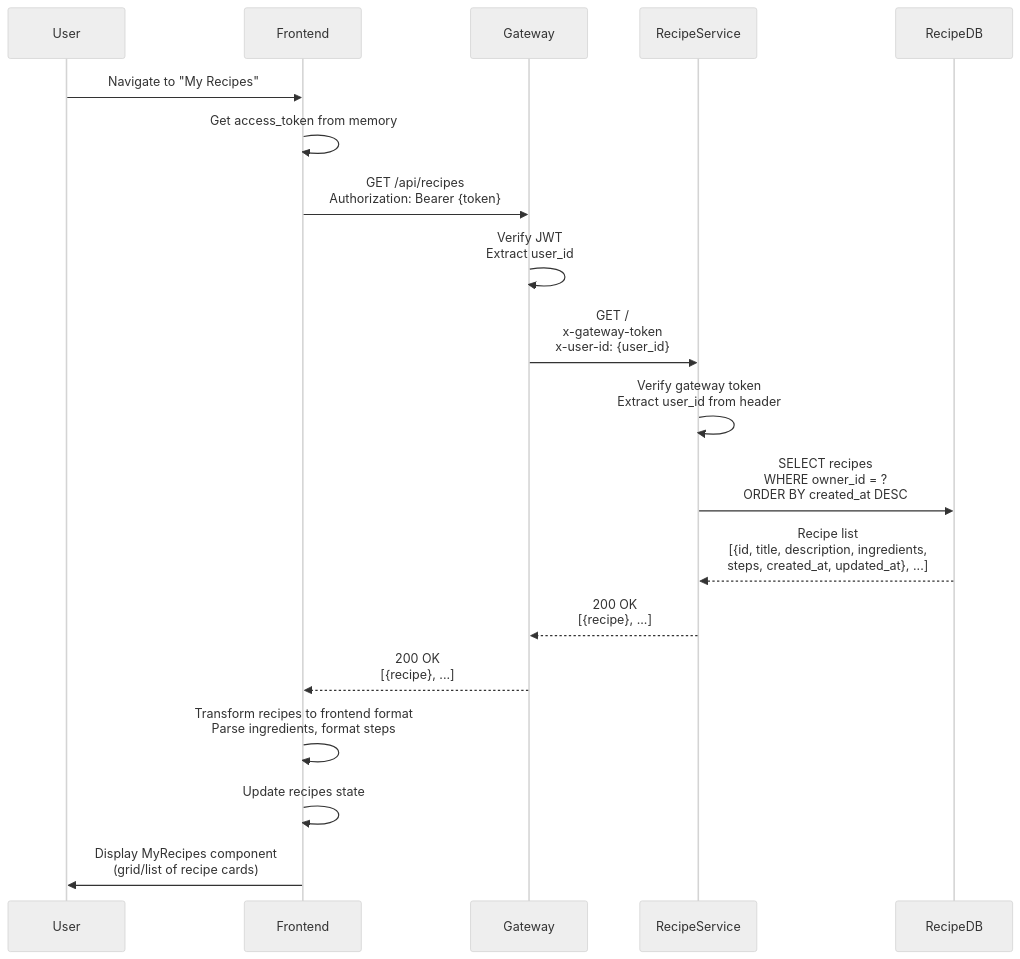
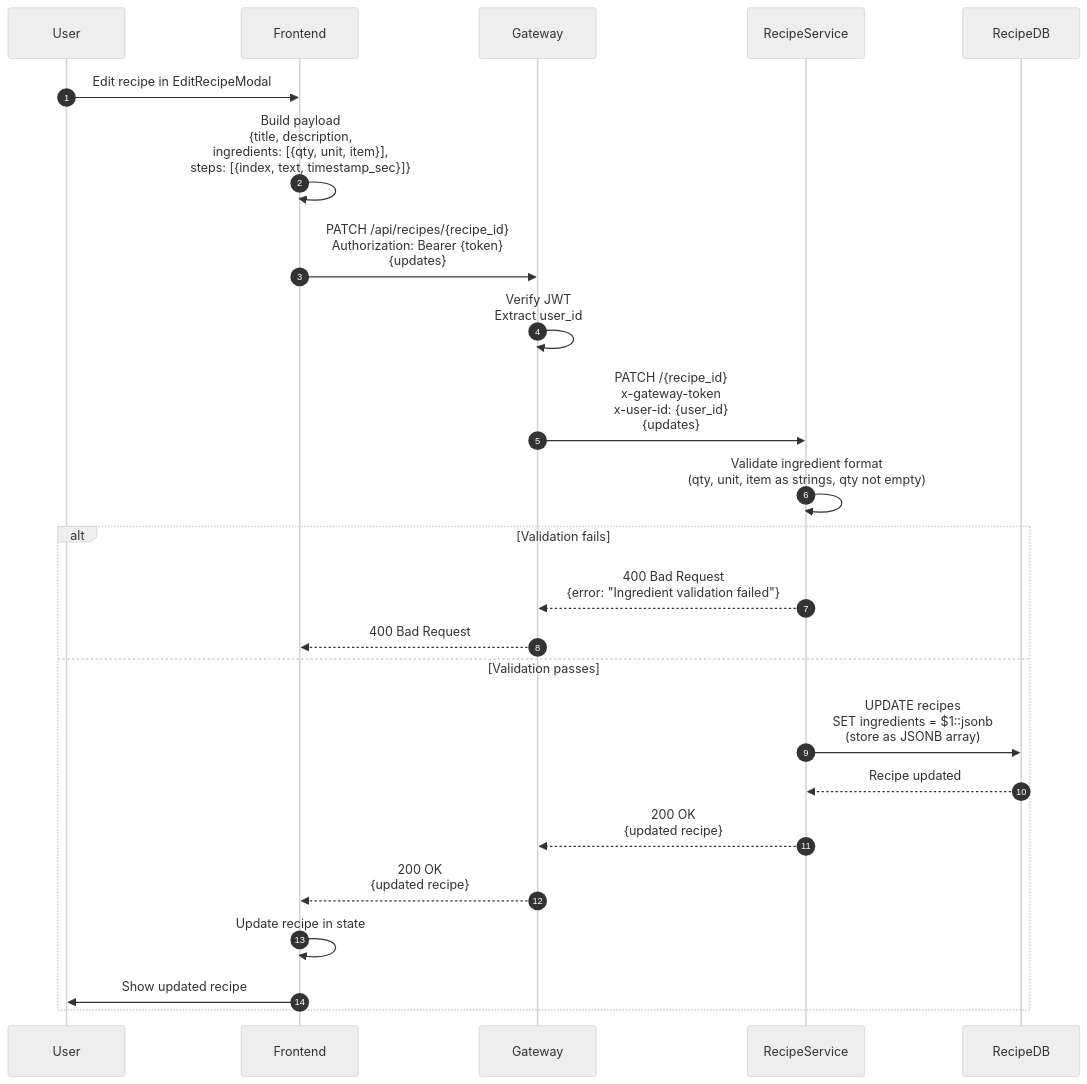
One commit to sharan-s2k/MyCookbook changed the sixth of 6 diagrams in ARCHITECTURE.md. Above: the diagram before and after it, drawn with Mermaid (neutral theme). The commit also changed other lines of this file, not shown here.

Commit message:
Updating Architecture Documentation

````diff
--- a/ARCHITECTURE.md
+++ b/ARCHITECTURE.md
@@ -544,25 +607,28 @@
 ```mermaid
 sequenceDiagram
+    autonumber
     participant User
     participant Frontend
     participant Gateway
     participant RecipeService
     participant RecipeDB
 
-    User->>Frontend: Navigate to "My Recipes"
-    Frontend->>Frontend: Get access_token from memory
-    Frontend->>Gateway: GET /api/recipes<br/>Authorization: Bearer {token}
+    User->>Frontend: Edit recipe in EditRecipeModal
+    Frontend->>Frontend: Build payload<br/>{title, description,<br/>ingredients: [{qty, unit, item}],<br/>steps: [{index, text, timestamp_sec}]}
+    Frontend->>Gateway: PATCH /api/recipes/{recipe_id}<br/>Authorization: Bearer {token}<br/>{updates}
+    Gateway->>Gateway: Verify JWT<br/>Extract user_id
+    Gateway->>RecipeService: PATCH /{recipe_id}<br/>x-gateway-token<br/>x-user-id: {user_id}<br/>{updates}
     
-    Gateway->>Gateway: Verify JWT<br/>Extract user_id
-    Gateway->>RecipeService: GET /<br/>x-gateway-token<br/>x-user-id: {user_id}
-    
-    RecipeService->>RecipeService: Verify gateway token<br/>Extract user_id from header
-    RecipeService->>RecipeDB: SELECT recipes<br/>WHERE owner_id = ?<br/>ORDER BY created_at DESC
-    RecipeDB-->>RecipeService: Recipe list<br/>[{id, title, description, ingredients,<br/>steps, created_at, updated_at}, ...]
-    
-    RecipeService-->>Gateway: 200 OK<br/>[{recipe}, ...]
-    Gateway-->>Frontend: 200 OK<br/>[{recipe}, ...]
-    Frontend->>Frontend: Transform recipes to frontend format<br/>Parse ingredients, format steps
-    Frontend->>Frontend: Update recipes state
-    Frontend->>User: Display MyRecipes component<br/>(grid/list of recipe cards)
+    RecipeService->>RecipeService: Validate ingredient format<br/>(qty, unit, item as strings, qty not empty)
+    alt Validation fails
+        RecipeService-->>Gateway: 400 Bad Request<br/>{error: "Ingredient validation failed"}
+        Gateway-->>Frontend: 400 Bad Request
+    else Validation passes
+        RecipeService->>RecipeDB: UPDATE recipes<br/>SET ingredients = $1::jsonb<br/>(store as JSONB array)
+        RecipeDB-->>RecipeService: Recipe updated
+        RecipeService-->>Gateway: 200 OK<br/>{updated recipe}
+        Gateway-->>Frontend: 200 OK<br/>{updated recipe}
+        Frontend->>Frontend: Update recipe in state
+        Frontend->>User: Show updated recipe
+    end
 ```
````
